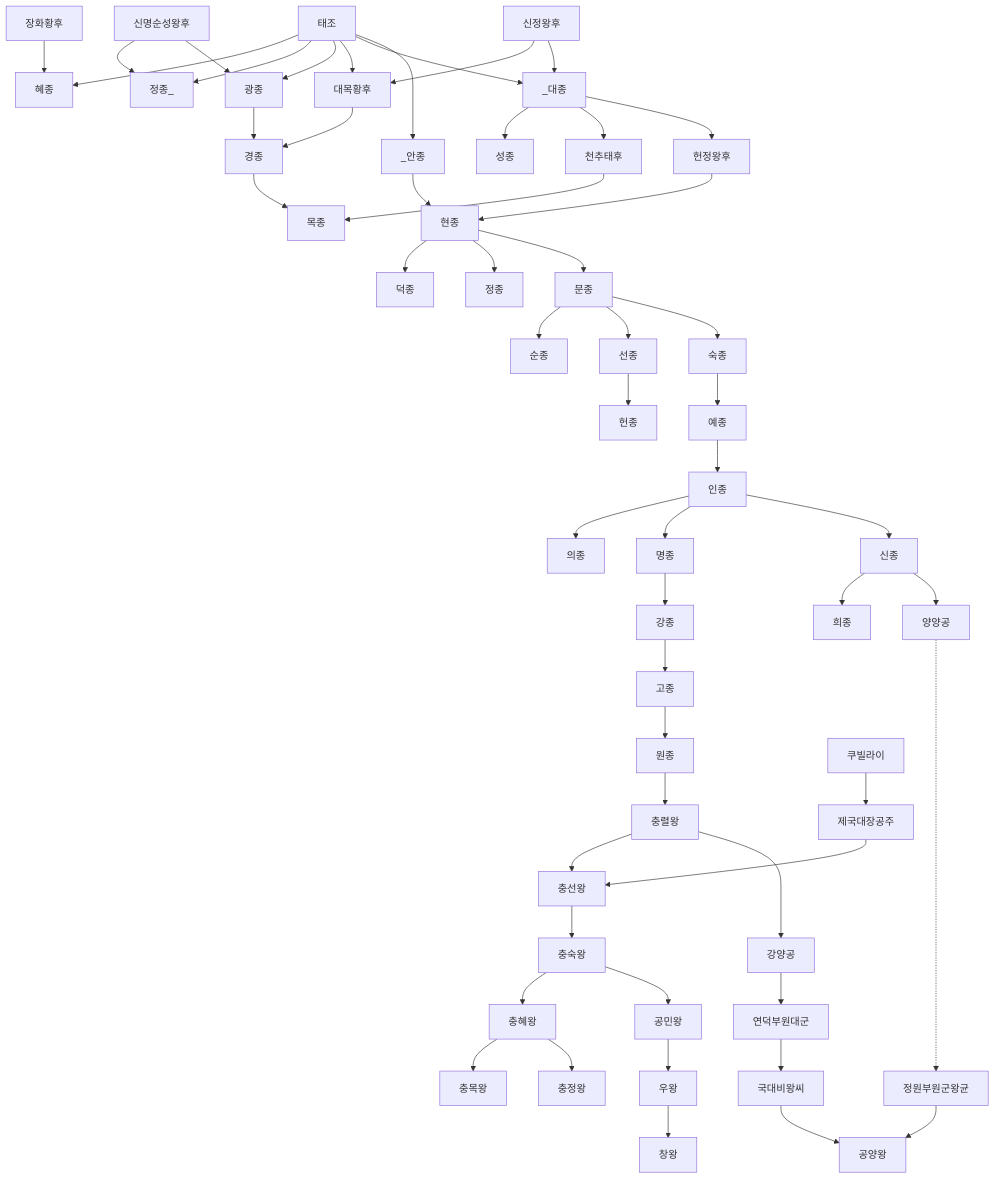
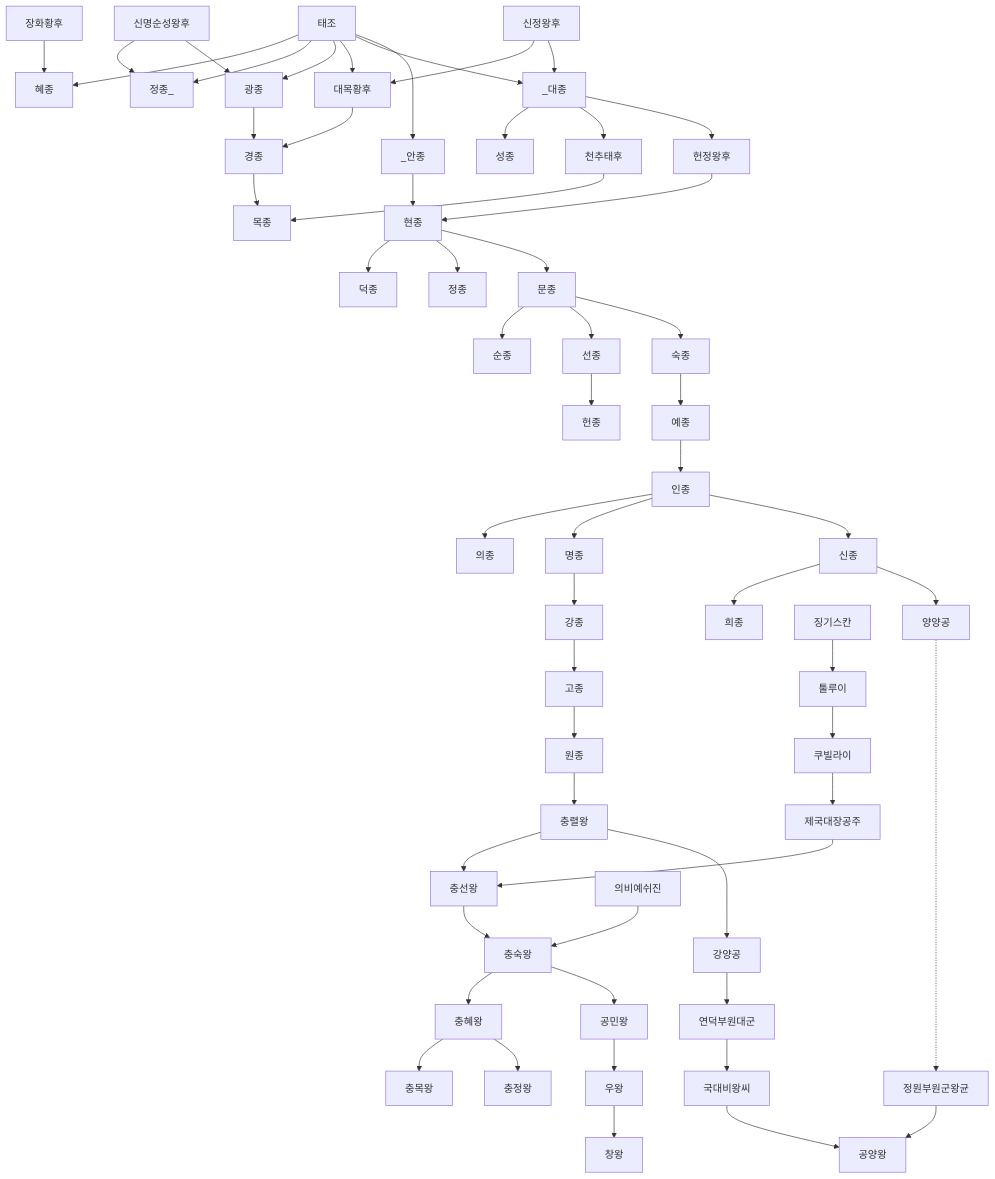
The third of 3 diagrams in 한국사/고려왕조_가계도_전체.md (daewonyoon/historigram), drawn with Mermaid before and after one commit. The commit also changed 2 other files, not shown here.

Commit message:
고려왕조 툴루이등 추가... 기타

````diff
--- a/한국사/고려왕조_가계도_전체.md
+++ b/한국사/고려왕조_가계도_전체.md
@@ -81,28 +81,29 @@
 ```mermaid
 graph TD
 
 태조 --> 혜종 
 장화황후 --> 혜종
 태조 --> 정종_
 신명순성왕후 --> 정종_
 신명순성왕후 --> 광종
 태조 --> 광종 --> 경종 --> 목종
 태조 --> 대목황후 --> 경종
 신정왕후 --> 대목황후
 태조 --> _대종 --> 성종
 신정왕후 --> _대종 --> 천추태후 --> 목종
 _대종 --> 헌정왕후
 태조 ---> _안종 --> 현종 --> 덕종
 헌정왕후 --> 현종 --> 정종
 현종 --> 문종 --> 순종
 문종 --> 선종 --> 헌종 
 문종 --> 숙종 --> 예종 --> 인종 --> 의종 
 인종 --> 명종
 인종 --> 신종 --> 희종 
 명종 --> 강종 --> 고종 --> 원종 --> 충렬왕 --> 충선왕
-쿠빌라이 --> 제국대장공주 --> 충선왕 --> 충숙왕 --> 충혜왕 --> 충목왕
+징기스칸 --> 툴루이 --> 쿠빌라이 --> 제국대장공주 --> 충선왕 --> 충숙왕 --> 충혜왕 --> 충목왕
+의비예쉬진 --> 충숙왕
 충혜왕 --> 충정왕
 충숙왕 --> 공민왕 --> 우왕 --> 창왕
 신종 --> 양양공 -.......-> 정원부원군왕균 --> 공양왕
 충렬왕 --> 강양공 --> 연덕부원대군 --> 국대비왕씨 --> 공양왕
 ```
````
